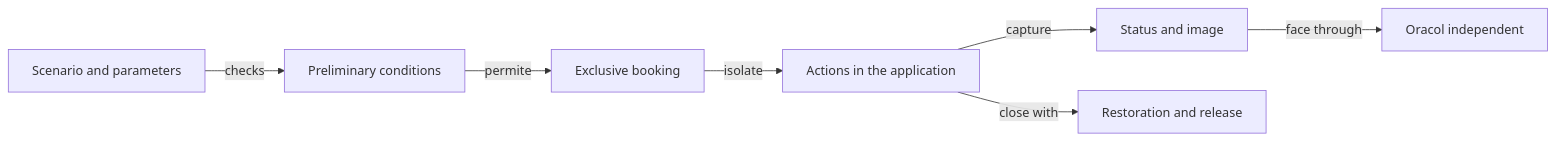
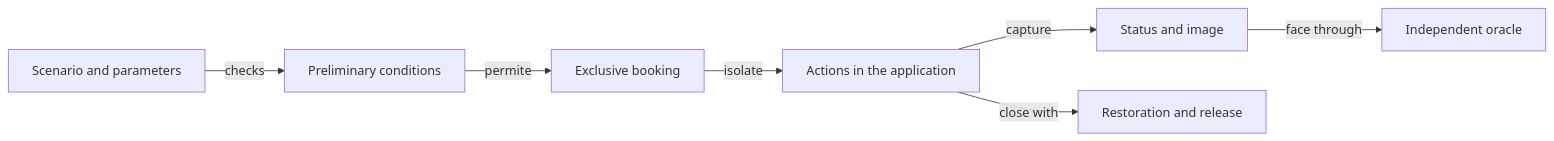
Before and after one commit to crististefanita/atf_j4: the diagram in docs/testing/ATF_Android.md, drawn with Mermaid. The commit also changed other lines of this file and 84 other files, not shown here.

````diff
--- a/docs/testing/ATF_Android.md
+++ b/docs/testing/ATF_Android.md
@@ -19,9 +19,9 @@
 ```mermaid
 flowchart LR
     CONFIG[Scenario and parameters] -->|checks| PRE[Preliminary conditions]
     PRE -->|permite| LEASE[Exclusive booking]
     LEASE -->|isolate| APP[Actions in the application]
     APP -->|capture| OBS[Status and image]
-    OBS -->|face through| CHECK[Oracol independent]
+    OBS -->|face through| CHECK[Independent oracle]
     APP -->|close with| RESTORE[Restoration and release]
 ```
````
